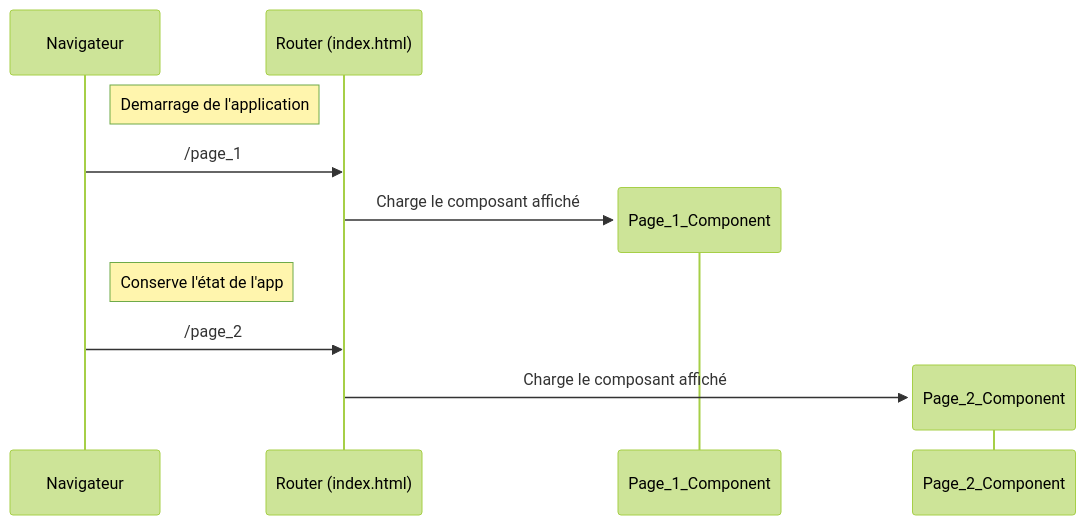
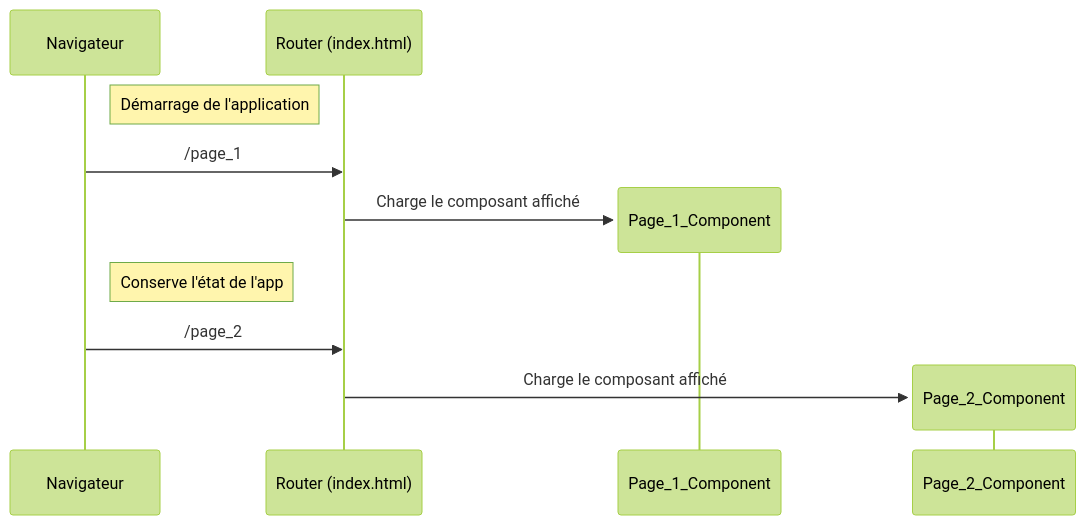
The first of 2 diagrams in content/cours/dev-frontend/routing.md (opac-teach/teach-web-md), drawn with Mermaid (forest theme) before and after one commit. The commit also changed other lines of this file and 11 other files, not shown here.

````diff
--- a/content/cours/dev-frontend/routing.md
+++ b/content/cours/dev-frontend/routing.md
@@ -14,13 +14,13 @@
 ```mermaid
 sequenceDiagram
     participant U as Navigateur
-    Note right of U: Demarrage de l'application
+    Note right of U: Démarrage de l'application
     participant R as Router (index.html)
     U->>R: /page_1
     create participant Page_1_Component
     R->>Page_1_Component: Charge le composant affiché
     Note right of U: Conserve l'état de l'app
     U->>R: /page_2
     create participant Page_2_Component
     R->>Page_2_Component: Charge le composant affiché
 ```
````
